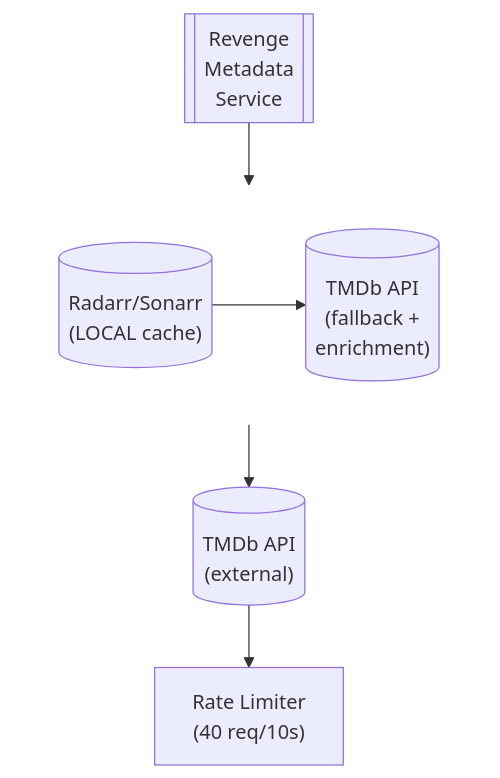
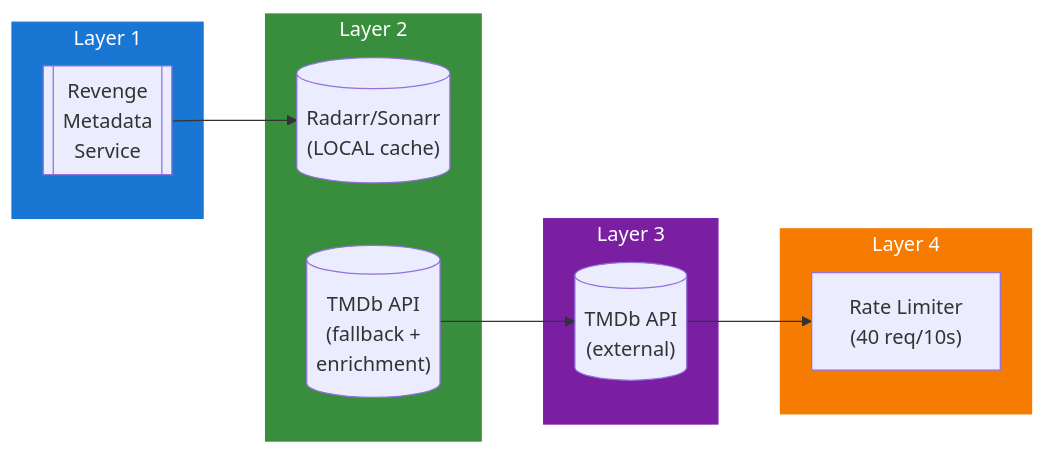
The diagram in docs/dev/design/integrations/metadata/video/TMDB.md (lusoris/revenge), drawn with Mermaid before and after one commit. The commit also changed 215 other files, not shown here.

First line of the commit message:
feat(diagrams): convert all ASCII diagrams to Mermaid with LR subgraphs

````diff
--- a/docs/dev/design/integrations/metadata/video/TMDB.md
+++ b/docs/dev/design/integrations/metadata/video/TMDB.md
@@ -60,18 +60,30 @@
 ```mermaid
-flowchart TD
-    node1[["Revenge<br/>Metadata<br/>Service"]]
-    subgraph row1[ ]
-        direction LR
+flowchart LR
+    subgraph Layer1["Layer 1"]
+        node1[["Revenge<br/>Metadata<br/>Service"]]
+    end
+
+    subgraph Layer2["Layer 2"]
         node2[("Radarr/Sonarr<br/>(LOCAL cache)")]
         node3[("TMDb API<br/>(fallback +<br/>enrichment)")]
     end
-    node4[("TMDb API<br/>(external)")]
-    node5["Rate Limiter<br/>(40 req/10s)"]
-    node2 --> node3
+
+    subgraph Layer3["Layer 3"]
+        node4[("TMDb API<br/>(external)")]
+    end
+
+    subgraph Layer4["Layer 4"]
+        node5["Rate Limiter<br/>(40 req/10s)"]
+    end
+
+    %% Connections
     node1 --> node2
     node3 --> node4
     node4 --> node5
 
-    %% Hide row subgraph borders
-    style row1 fill:transparent,stroke:transparent
+    %% Styling
+    style Layer1 fill:#1976D2,stroke:#1976D2,color:#fff
+    style Layer2 fill:#388E3C,stroke:#388E3C,color:#fff
+    style Layer3 fill:#7B1FA2,stroke:#7B1FA2,color:#fff
+    style Layer4 fill:#F57C00,stroke:#F57C00,color:#fff
 ```
````
